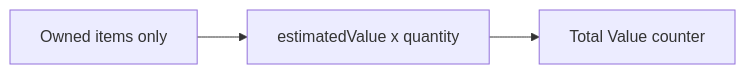
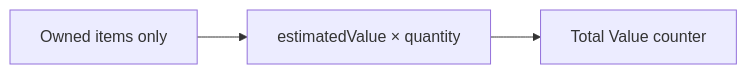
One commit to ahhrealmonstr/lego-tracker changed the first of 2 diagrams in docs/troubleshooting.md. Above: the diagram before and after it, drawn with Mermaid. The commit also changed other lines of this file and 26 other files, not shown here.

````diff
--- a/docs/troubleshooting.md
+++ b/docs/troubleshooting.md
@@ -93,5 +113,5 @@
 ```mermaid
 flowchart LR
-  A[Owned items only] --> B[estimatedValue x quantity]
+  A[Owned items only] --> B[estimatedValue × quantity]
   B --> C[Total Value counter]
 ```
````
